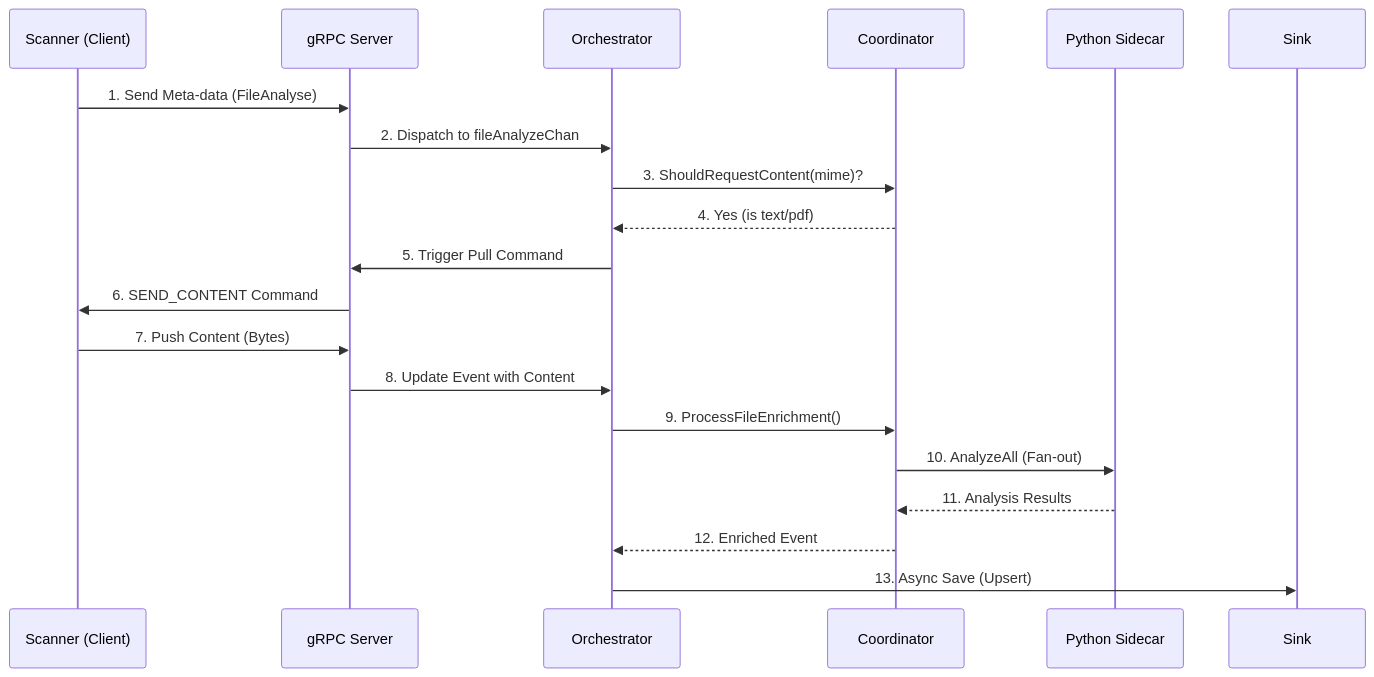
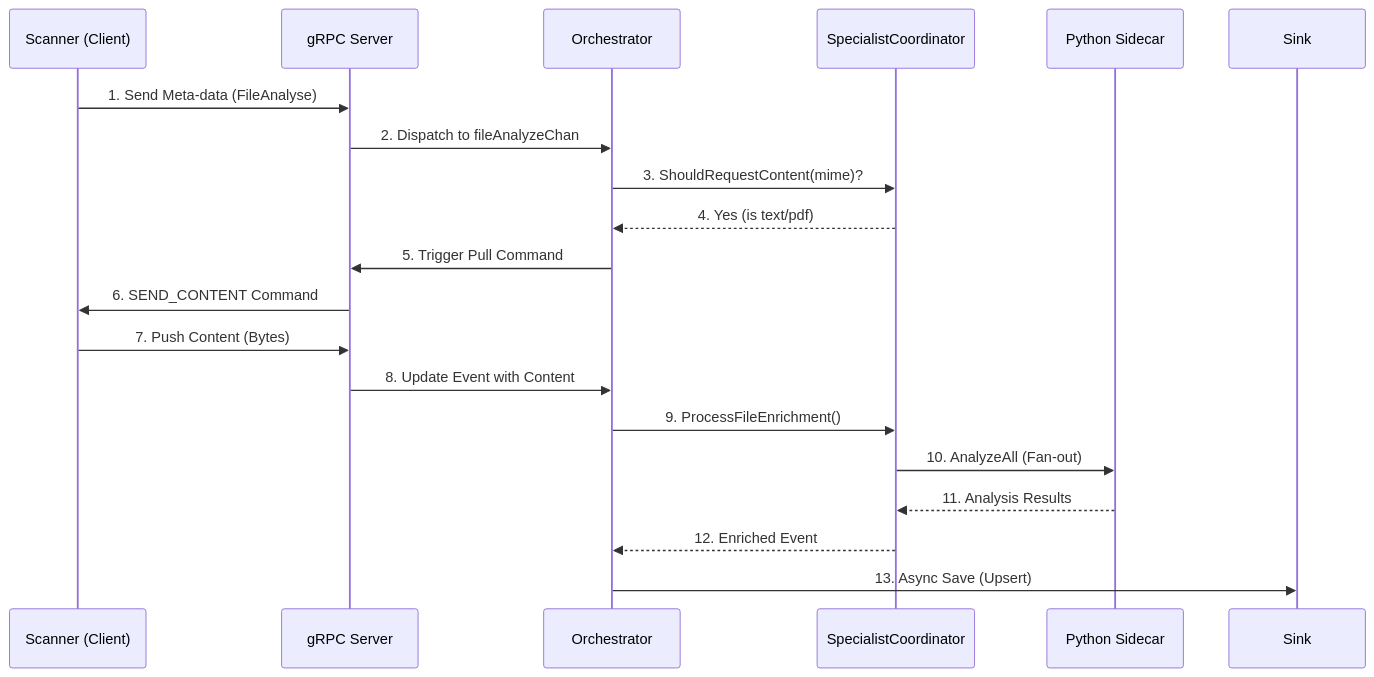
Before and after one commit to mama165/chat-lab: the diagram in docs/SEQUENCE.md, drawn with Mermaid. The commit also changed 10 other files, not shown here.

`````diff
--- a/docs/SEQUENCE.md
+++ b/docs/SEQUENCE.md
@@ -1,22 +1,22 @@
 ```mermaid
 sequenceDiagram
 participant S as Scanner (Client)
 participant G as gRPC Server
 participant O as Orchestrator
-participant C as Coordinator
+participant C as SpecialistCoordinator
 participant P as Python Sidecar
 
     S->>G: 1. Send Meta-data (FileAnalyse)
     G->>O: 2. Dispatch to fileAnalyzeChan
     O->>C: 3. ShouldRequestContent(mime)?
     C-->>O: 4. Yes (is text/pdf)
     O->>G: 5. Trigger Pull Command
     G->>S: 6. SEND_CONTENT Command
     S->>G: 7. Push Content (Bytes)
     G->>O: 8. Update Event with Content
     O->>C: 9. ProcessFileEnrichment()
     C->>P: 10. AnalyzeAll (Fan-out)
     P-->>C: 11. Analysis Results
     C-->>O: 12. Enriched Event
     O->>Sink: 13. Async Save (Upsert)
 ````
`````
